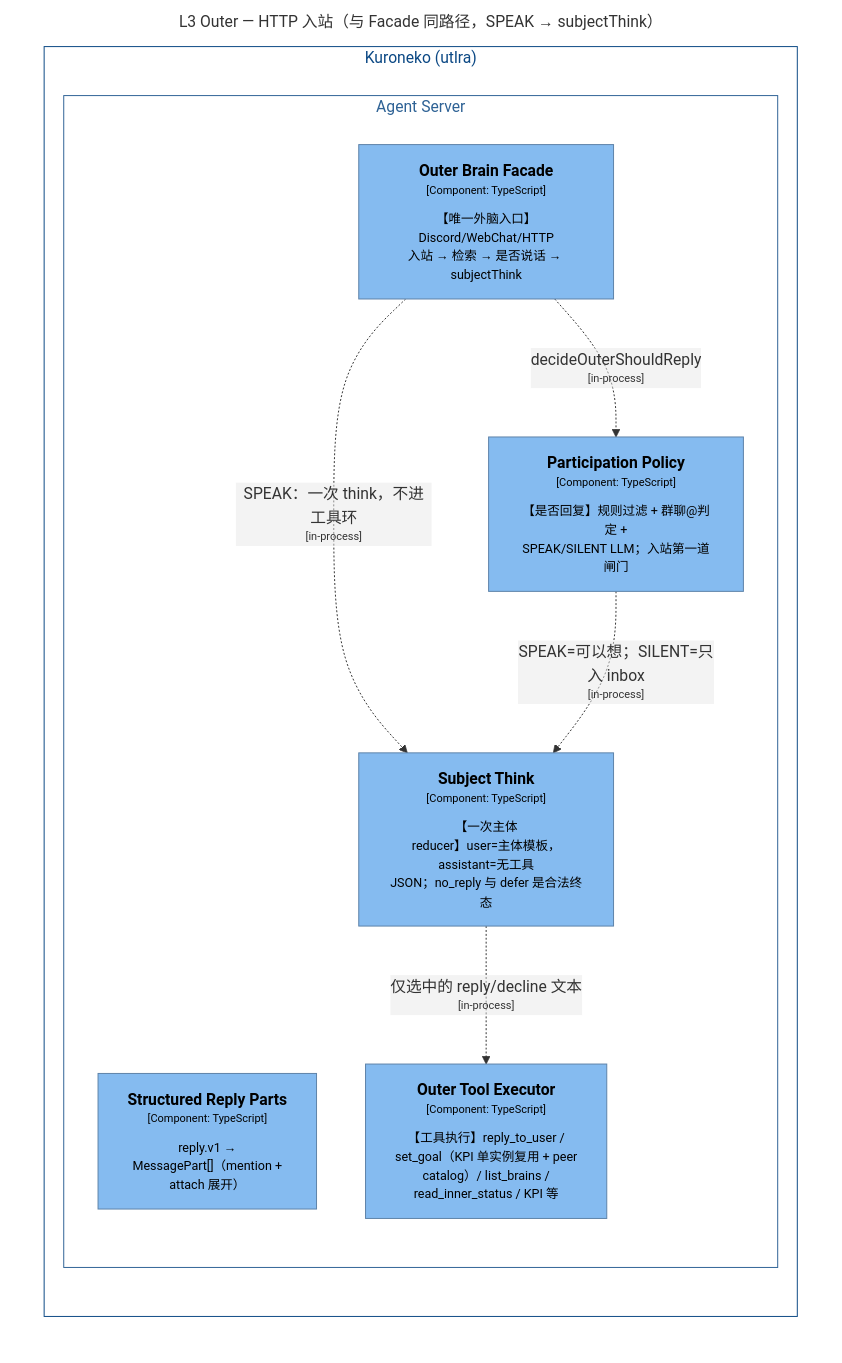
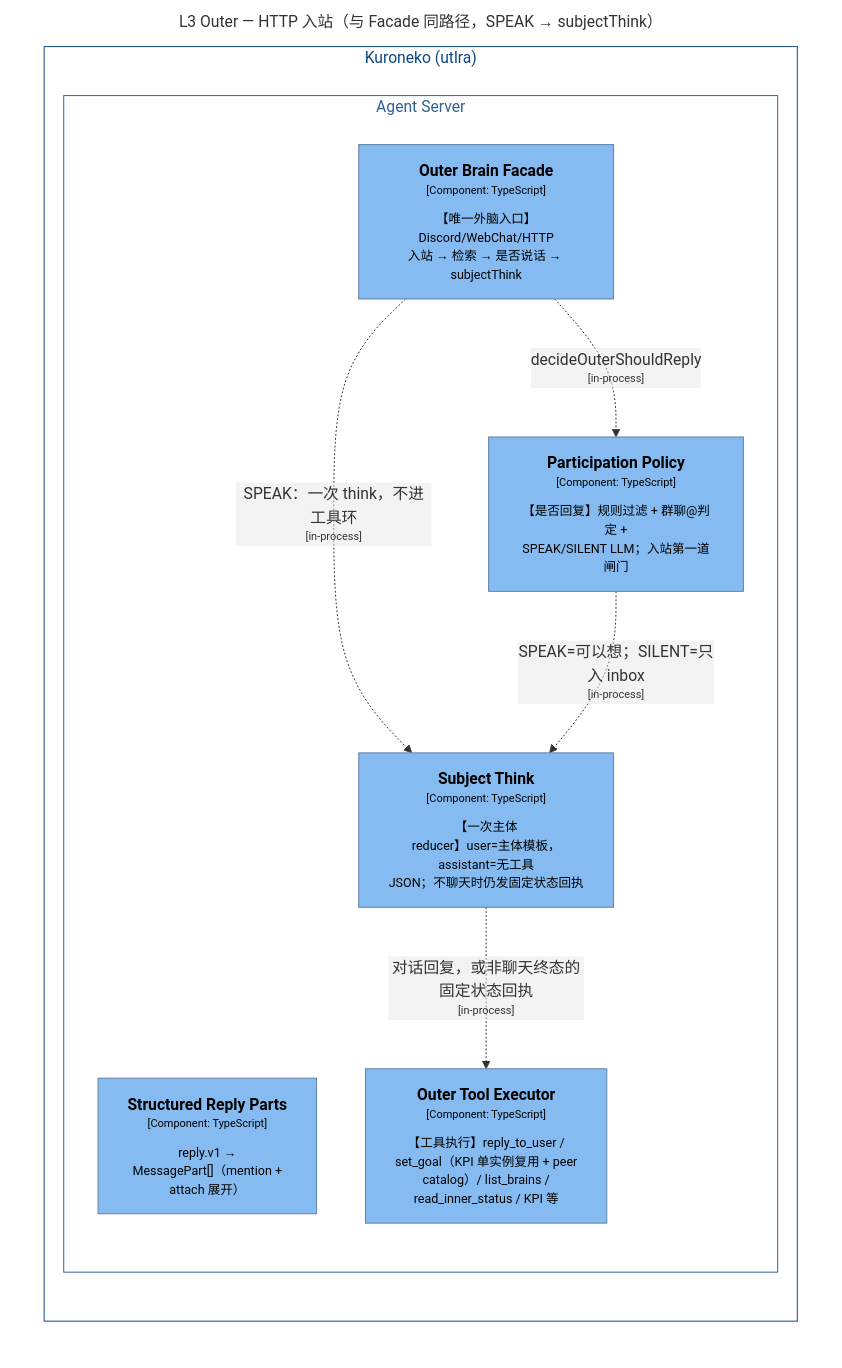
One commit to shinjiyu/amadues changed the diagram in doc/structurizr/structurizr-07b-L3-Outer-Inbound-HTTP.mmd. Above: the diagram before and after it, drawn with Mermaid. The commit also changed 13 other files, not shown here.

```diff
--- a/doc/structurizr/structurizr-07b-L3-Outer-Inbound-HTTP.mmd
+++ b/doc/structurizr/structurizr-07b-L3-Outer-Inbound-HTTP.mmd
@@ -1,32 +1,32 @@
 graph LR
   linkStyle default fill:#ffffff
 
   subgraph diagram ["L3 Outer — HTTP 入站（与 Facade 同路径，SPEAK → subjectThink）"]
     style diagram fill:#ffffff,stroke:#ffffff
 
     subgraph 11 ["Kuroneko (utlra)"]
       style 11 fill:#ffffff,stroke:#0b4884,color:#0b4884
 
       subgraph 15 ["Agent Server"]
         style 15 fill:#ffffff,stroke:#2e6295,color:#2e6295
 
         16["<div style='font-weight: bold'>Participation Policy</div><div style='font-size: 70%; margin-top: 0px'>[Component: TypeScript]</div><div style='font-size: 80%; margin-top:10px'>【是否回复】规则过滤 + 群聊@判定 +<br />SPEAK/SILENT LLM；入站第一道闸门</div>"]
         style 16 fill:#85bbf0,stroke:#5d82a8,color:#000000
         18["<div style='font-weight: bold'>Outer Brain Facade</div><div style='font-size: 70%; margin-top: 0px'>[Component: TypeScript]</div><div style='font-size: 80%; margin-top:10px'>【唯一外脑入口】Discord/WebChat/HTTP<br />入站 → 检索 → 是否说话 → subjectThink</div>"]
         style 18 fill:#85bbf0,stroke:#5d82a8,color:#000000
         19["<div style='font-weight: bold'>Structured Reply Parts</div><div style='font-size: 70%; margin-top: 0px'>[Component: TypeScript]</div><div style='font-size: 80%; margin-top:10px'>reply.v1 →<br />MessagePart[]（mention +<br />attach 展开）</div>"]
         style 19 fill:#85bbf0,stroke:#5d82a8,color:#000000
         25["<div style='font-weight: bold'>Outer Tool Executor</div><div style='font-size: 70%; margin-top: 0px'>[Component: TypeScript]</div><div style='font-size: 80%; margin-top:10px'>【工具执行】reply_to_user /<br />set_goal（KPI 单实例复用 + peer<br />catalog）/ list_brains /<br />read_inner_status / KPI 等</div>"]
         style 25 fill:#85bbf0,stroke:#5d82a8,color:#000000
-        79["<div style='font-weight: bold'>Subject Think</div><div style='font-size: 70%; margin-top: 0px'>[Component: TypeScript]</div><div style='font-size: 80%; margin-top:10px'>【一次主体<br />reducer】user=主体模板，assistant=无工具<br />JSON；no_reply 与 defer 是合法终态</div>"]
+        79["<div style='font-weight: bold'>Subject Think</div><div style='font-size: 70%; margin-top: 0px'>[Component: TypeScript]</div><div style='font-size: 80%; margin-top:10px'>【一次主体<br />reducer】user=主体模板，assistant=无工具<br />JSON；不聊天时仍发固定状态回执</div>"]
         style 79 fill:#85bbf0,stroke:#5d82a8,color:#000000
       end
 
     end
 
     18-. "<div>decideOuterShouldReply</div><div style='font-size: 70%'>[in-process]</div>" .->16
     18-. "<div>SPEAK：一次 think，不进工具环</div><div style='font-size: 70%'>[in-process]</div>" .->79
     16-. "<div>SPEAK=可以想；SILENT=只入 inbox</div><div style='font-size: 70%'>[in-process]</div>" .->79
-    79-. "<div>仅选中的 reply/decline 文本</div><div style='font-size: 70%'>[in-process]</div>" .->25
+    79-. "<div>对话回复，或非聊天终态的固定状态回执</div><div style='font-size: 70%'>[in-process]</div>" .->25
 
   end
```
